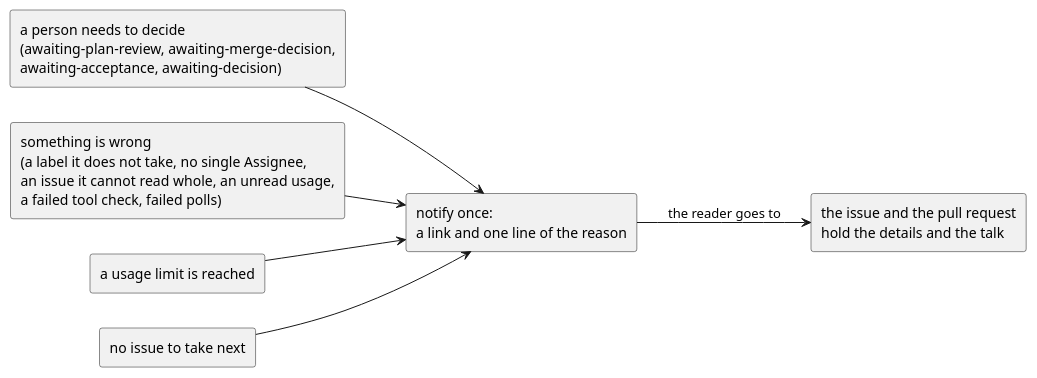
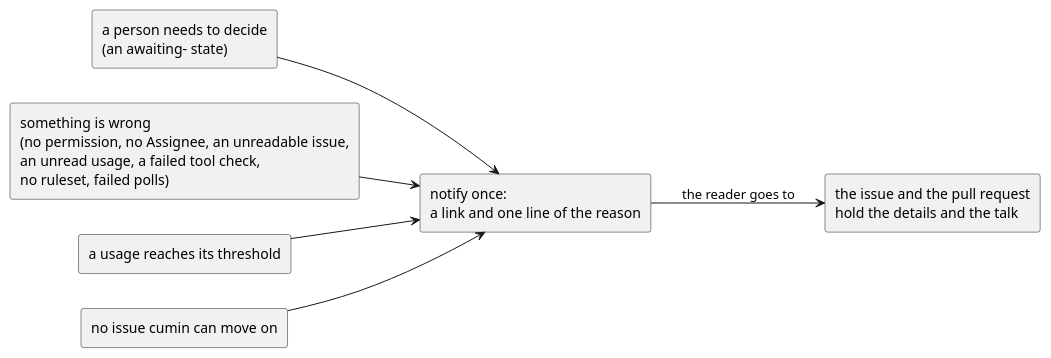
One commit to cloveclovedev/cumin-works changed the diagram in docs/ja/requirements/notify/overview.puml. Above: the diagram before and after it, drawn with PlantUML. The commit also changed 2 other files, not shown here.

```diff
--- a/docs/ja/requirements/notify/overview.puml
+++ b/docs/ja/requirements/notify/overview.puml
@@ -1,21 +1,21 @@
 @startuml overview
 ' cumin-works - when cumin notifies. Each cause is notified once.
 ' Render: run scripts/render-diagrams.sh at the root of the repository.
 
 left to right direction
 
-rectangle "a person needs to decide\n(awaiting-plan-review, awaiting-merge-decision,\nawaiting-acceptance, awaiting-decision)" as Decide
-rectangle "something is wrong\n(a label it does not take, no single Assignee,\nan issue it cannot read whole, an unread usage,\na failed tool check, failed polls)" as Wrong
-rectangle "a usage limit is reached" as Limit
-rectangle "no issue to take next" as Waits
+rectangle "a person needs to decide\n(an awaiting- state)" as Decide
+rectangle "something is wrong\n(no permission, no Assignee, an unreadable issue,\nan unread usage, a failed tool check,\nno ruleset, failed polls)" as Wrong
+rectangle "a usage reaches its threshold" as Limit
+rectangle "no issue cumin can move on" as Waits
 
 rectangle "notify once:\na link and one line of the reason" as Notify
 rectangle "the issue and the pull request\nhold the details and the talk" as GitHub
 
 Decide --> Notify
 Wrong --> Notify
 Limit --> Notify
 Waits --> Notify
 Notify --> GitHub : the reader goes to
 
 @enduml
```
